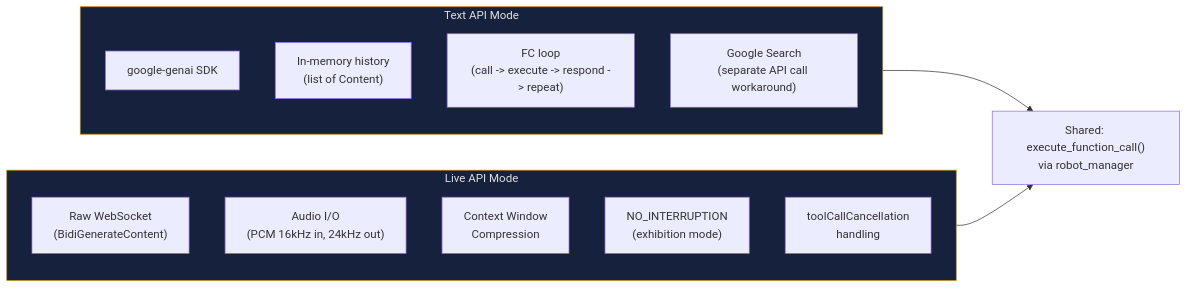
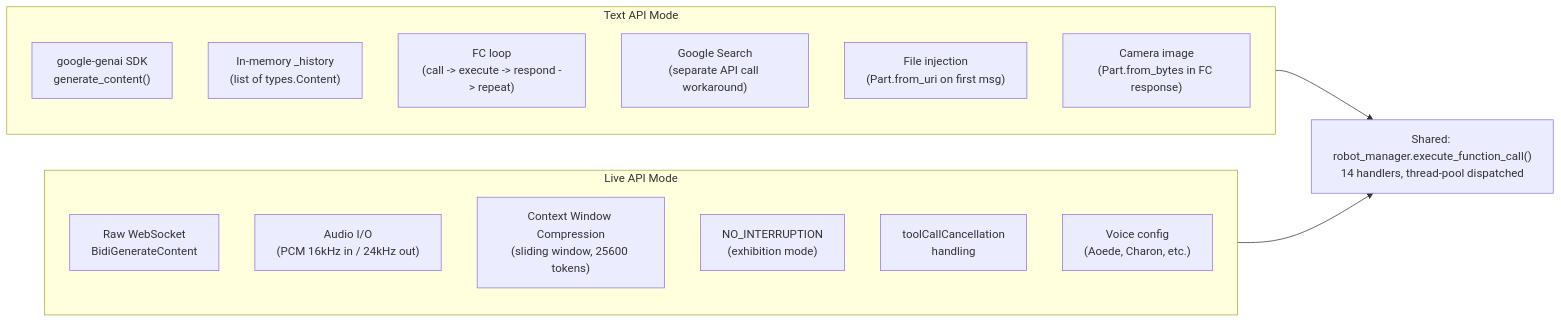
The third of 12 diagrams in docs/architecture.md (sigmarobotics/kachaka-gemini), drawn with Mermaid before and after one commit. The commit also changed other lines of this file and 1 other file, not shown here.

First line of the commit message:
docs: rewrite README and architecture doc from codebase scan

````diff
--- a/docs/architecture.md
+++ b/docs/architecture.md
@@ -301,25 +415,25 @@
 ```mermaid
 graph LR
     subgraph TextMode["Text API Mode"]
-        T_SDK["google-genai SDK"]
-        T_HIST["In-memory history<br/>(list of Content)"]
+        T_SDK["google-genai SDK<br/>generate_content()"]
+        T_HIST["In-memory _history<br/>(list of types.Content)"]
         T_LOOP["FC loop<br/>(call -> execute -> respond -> repeat)"]
         T_GS["Google Search<br/>(separate API call workaround)"]
+        T_FILES["File injection<br/>(Part.from_uri on first msg)"]
+        T_IMG["Camera image<br/>(Part.from_bytes in FC response)"]
     end
 
     subgraph LiveMode["Live API Mode"]
-        L_WS["Raw WebSocket<br/>(BidiGenerateContent)"]
-        L_AUDIO["Audio I/O<br/>(PCM 16kHz in, 24kHz out)"]
-        L_CWC["Context Window<br/>Compression"]
+        L_WS["Raw WebSocket<br/>BidiGenerateContent"]
+        L_AUDIO["Audio I/O<br/>(PCM 16kHz in / 24kHz out)"]
+        L_CWC["Context Window Compression<br/>(sliding window, 25600 tokens)"]
         L_NO_INT["NO_INTERRUPTION<br/>(exhibition mode)"]
         L_CANCEL["toolCallCancellation<br/>handling"]
+        L_VOICE["Voice config<br/>(Aoede, Charon, etc.)"]
     end
 
-    SHARED["Shared: execute_function_call()<br/>via robot_manager"]
+    SHARED["Shared: robot_manager.execute_function_call()<br/>14 handlers, thread-pool dispatched"]
 
     TextMode --> SHARED
     LiveMode --> SHARED
-
-    style TextMode fill:#16213e,stroke:#b8860b,color:#e0e0e0
-    style LiveMode fill:#16213e,stroke:#b8860b,color:#e0e0e0
 ```
````
